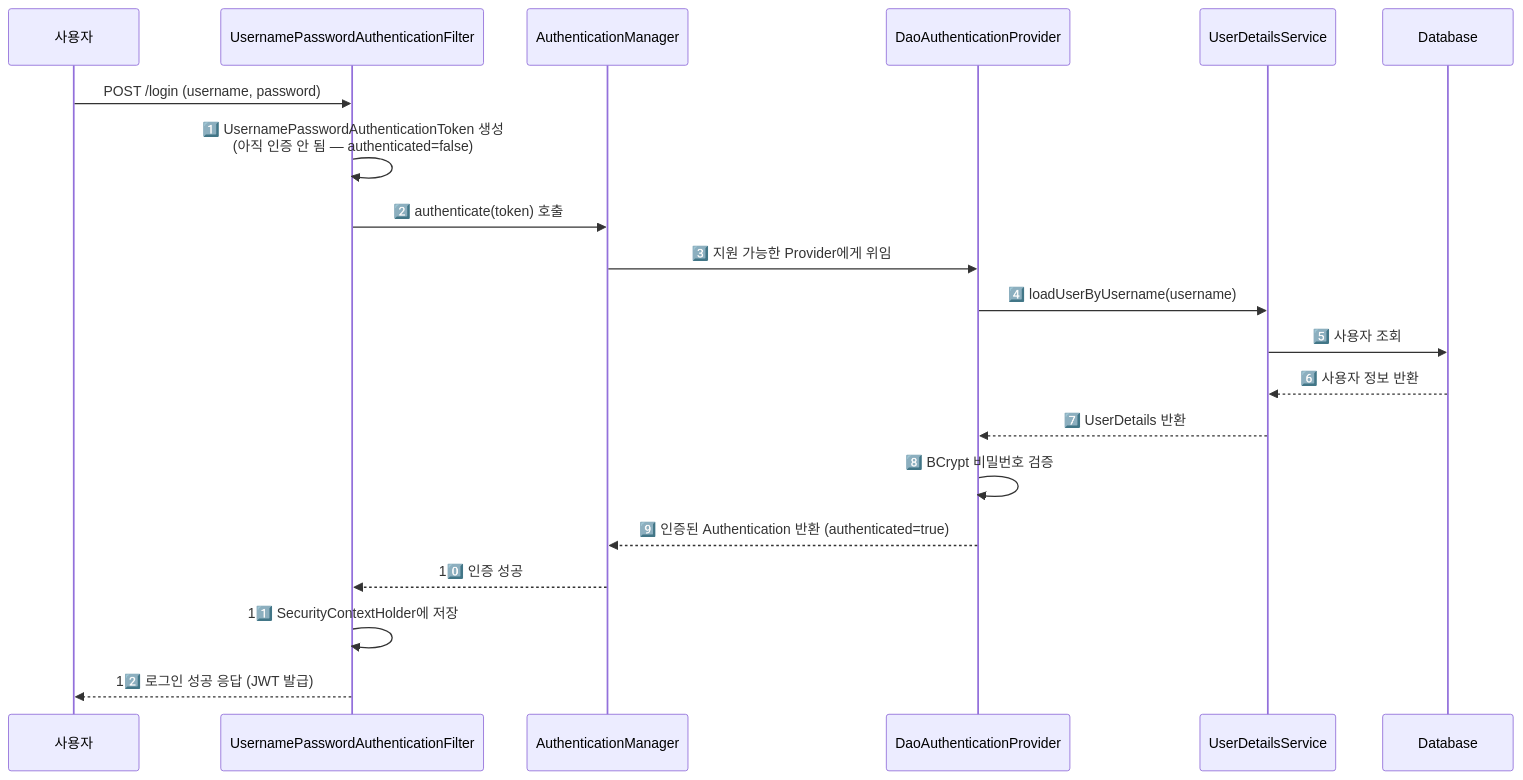
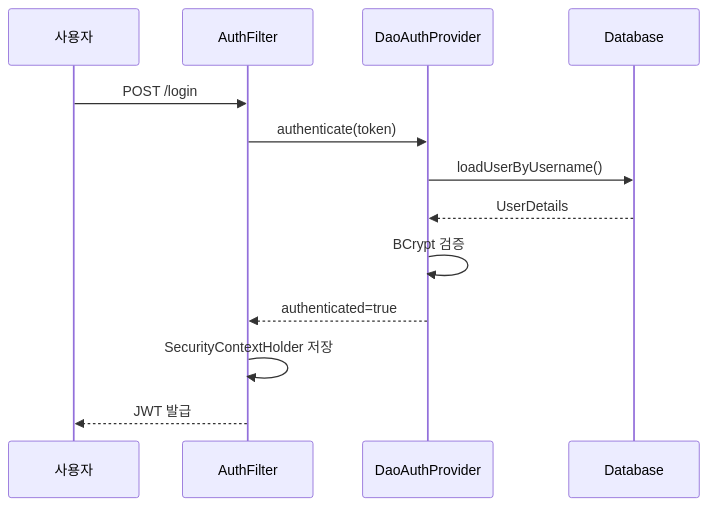
The second of 7 diagrams in _posts/spring/2026-05-02-spring-security-deep.md (yjkim2015/yjkim2015.github.io), drawn with Mermaid before and after one commit. The commit also changed other lines of this file and 215 other files, not shown here.

First line of the commit message:
신규 포스트 10개 추가 + Mermaid 전면 축소 + SystemDesign 시리즈 보강

````diff
--- a/_posts/spring/2026-05-02-spring-security-deep.md
+++ b/_posts/spring/2026-05-02-spring-security-deep.md
@@ -135,23 +126,15 @@
 ```mermaid
 sequenceDiagram
     participant U as 사용자
-    participant F as UsernamePasswordAuthenticationFilter
-    participant AM as AuthenticationManager
-    participant AP as DaoAuthenticationProvider
-    participant UDS as UserDetailsService
+    participant F as AuthFilter
+    participant AP as DaoAuthProvider
     participant DB as Database
-
-    U->>F: POST /login (username, password)
-    F->>F: 1️⃣ UsernamePasswordAuthenticationToken 생성<br>(아직 인증 안 됨 — authenticated=false)
-    F->>AM: 2️⃣ authenticate(token) 호출
-    AM->>AP: 3️⃣ 지원 가능한 Provider에게 위임
-    AP->>UDS: 4️⃣ loadUserByUsername(username)
-    UDS->>DB: 5️⃣ 사용자 조회
-    DB-->>UDS: 6️⃣ 사용자 정보 반환
-    UDS-->>AP: 7️⃣ UserDetails 반환
-    AP->>AP: 8️⃣ BCrypt 비밀번호 검증
-    AP-->>AM: 9️⃣ 인증된 Authentication 반환 (authenticated=true)
-    AM-->>F: 10️⃣ 인증 성공
-    F->>F: 11️⃣ SecurityContextHolder에 저장
-    F-->>U: 12️⃣ 로그인 성공 응답 (JWT 발급)
+    U->>F: POST /login
+    F->>AP: authenticate(token)
+    AP->>DB: loadUserByUsername()
+    DB-->>AP: UserDetails
+    AP->>AP: BCrypt 검증
+    AP-->>F: authenticated=true
+    F->>F: SecurityContextHolder 저장
+    F-->>U: JWT 발급
 ```
````
